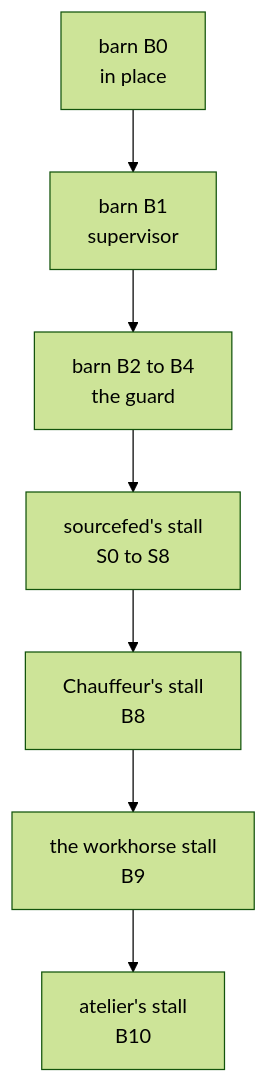
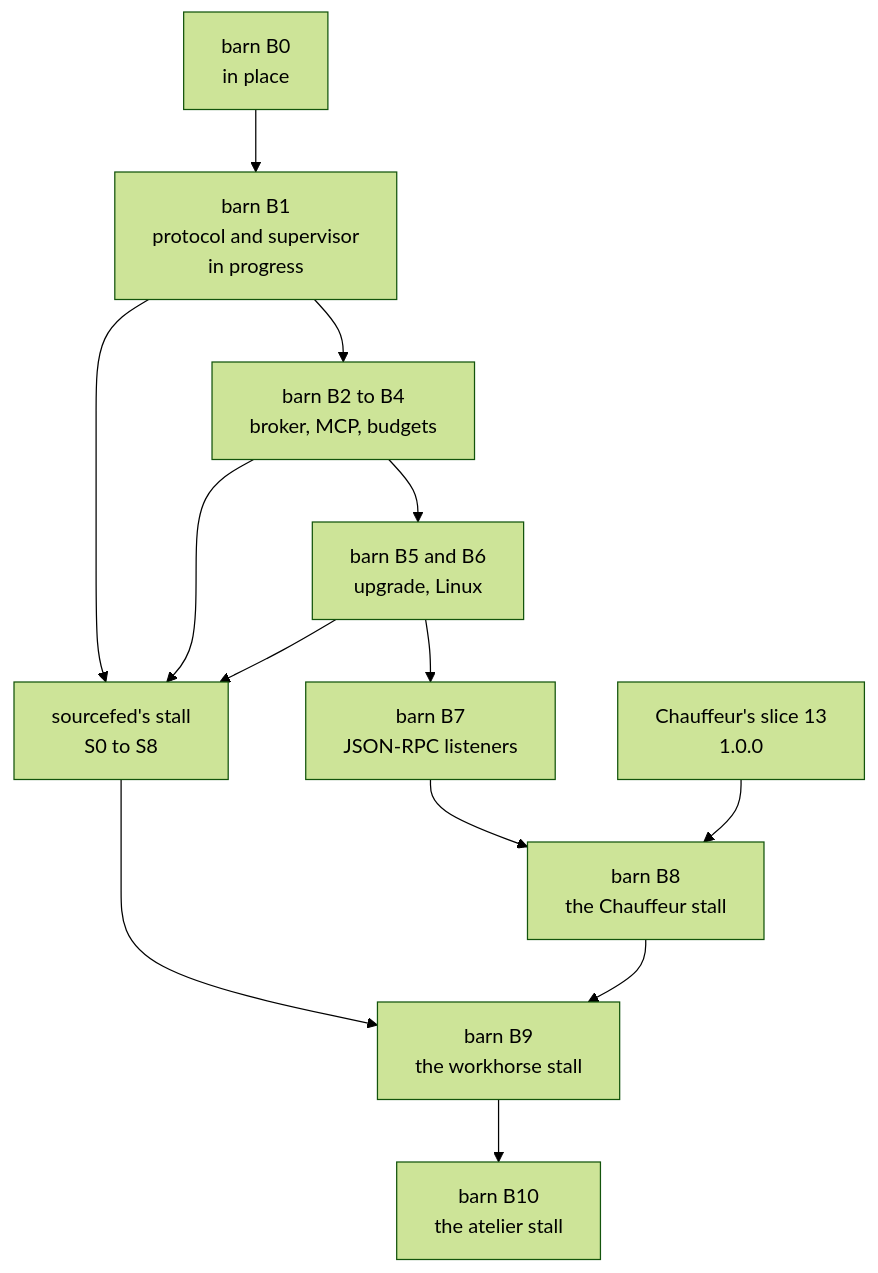
Before and after one commit to wrkhse/workhorse: the diagram in site/src/roadmap.md, drawn with Mermaid (forest theme). The commit also changed other lines of this file and 9 other files, not shown here.

First line of the commit message:
docs: the connect-back stall protocol, and where B1 stands

````diff
--- a/site/src/roadmap.md
+++ b/site/src/roadmap.md
@@ -8,9 +8,15 @@
 ```mermaid
 flowchart TB
-    B0["barn B0<br/>in place"] --> B1["barn B1<br/>supervisor"]
-    B1 --> B2["barn B2 to B4<br/>the guard"]
-    B2 --> SF["sourcefed's stall<br/>S0 to S8"]
-    SF --> CH["Chauffeur's stall<br/>B8"]
-    CH --> W["the workhorse stall<br/>B9"]
-    W --> AT["atelier's stall<br/>B10"]
+    B0["barn B0<br/>in place"] --> B1["barn B1<br/>protocol and supervisor<br/>in progress"]
+    B1 --> B2["barn B2 to B4<br/>broker, MCP, budgets"]
+    B2 --> B56["barn B5 and B6<br/>upgrade, Linux"]
+    B56 --> B7["barn B7<br/>JSON-RPC listeners"]
+    B1 --> SF["sourcefed's stall<br/>S0 to S8"]
+    B2 --> SF
+    B56 --> SF
+    B7 --> B8["barn B8<br/>the Chauffeur stall"]
+    CH["Chauffeur's slice 13<br/>1.0.0"] --> B8
+    SF --> B9["barn B9<br/>the workhorse stall"]
+    B8 --> B9
+    B9 --> B10["barn B10<br/>the atelier stall"]
 ```
````
